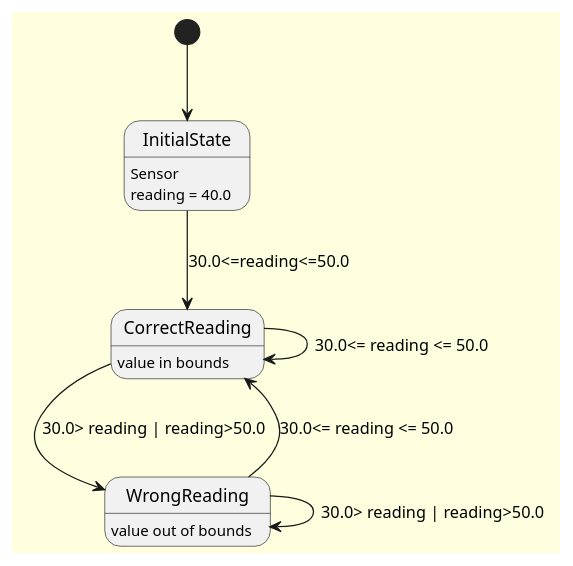
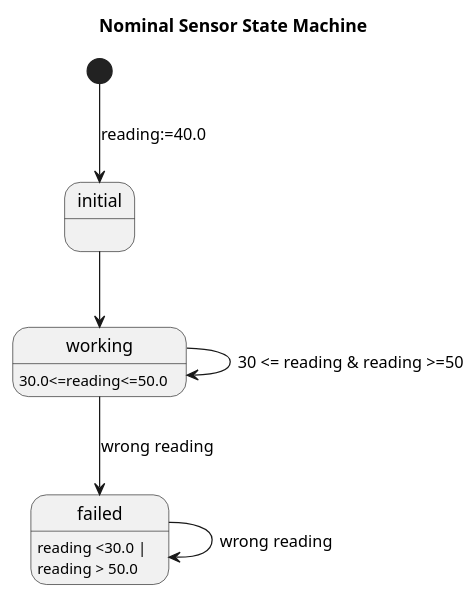
The diagram in battery-sensor-v2/state-machines/nominal-sensor.puml (kallah94/SMV), drawn with PlantUML before and after one commit. The commit also changed 24 other files, not shown here.

```diff
--- a/battery-sensor-v2/state-machines/nominal-sensor.puml
+++ b/battery-sensor-v2/state-machines/nominal-sensor.puml
@@ -1,13 +1,12 @@
 @startuml Nominal Sensor State Machine
-   skinparam BackgroundColor LightYellow
-    [*] --> InitialState
-    InitialState --> CorrectReading : 30.0<=reading<=50.0
-    CorrectReading --> CorrectReading: 30.0<= reading <= 50.0
-    WrongReading --> CorrectReading: 30.0<= reading <= 50.0
-    WrongReading --> WrongReading: 30.0> reading | reading>50.0
-    CorrectReading --> WrongReading: 30.0> reading | reading>50.0
-
-    state InitialState: Sensor\nreading = 40.0
-    state CorrectReading: value in bounds
-    state WrongReading: value out of bounds
+    title Nominal Sensor State Machine 
+    [*] --> initial: reading:=40.0
+    initial --> working 
+    working --> working : 30 <= reading & reading >=50
+    working --> failed : wrong reading
+    failed --> failed : wrong reading
+    state initial: 
+    state working: 30.0<=reading<=50.0
+    state failed: reading <30.0 | \nreading > 50.0
+    
 @enduml
```
